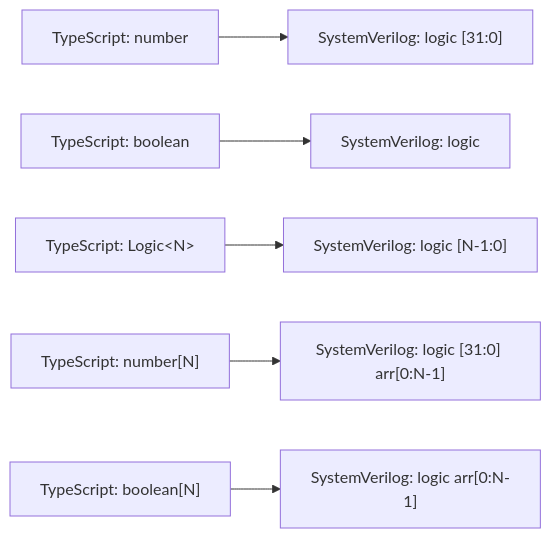
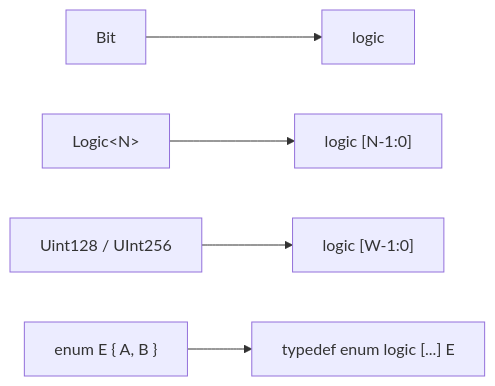
Before and after one commit to thecharge/sndv-hdl: the fourth of 5 diagrams in docs/architecture.md, drawn with Mermaid. The commit also changed other lines of this file and 8 other files, not shown here.

````diff
--- a/docs/architecture.md
+++ b/docs/architecture.md
@@ -59,8 +100,7 @@
 ```mermaid
 graph LR
-    TS_Number["TypeScript: number"]     --> SV_Logic32["SystemVerilog: logic [31:0]"]
-    TS_Bool["TypeScript: boolean"]       --> SV_Logic1["SystemVerilog: logic"]
-    TS_LogicN["TypeScript: Logic&lt;N&gt;"]   --> SV_LogicN["SystemVerilog: logic [N-1:0]"]
-    TS_NumArr["TypeScript: number[N]"]   --> SV_Arr["SystemVerilog: logic [31:0] arr[0:N-1]"]
-    TS_BoolArr["TypeScript: boolean[N]"] --> SV_Arr1["SystemVerilog: logic arr[0:N-1]"]
+    TS_Bit["Bit"] --> SV_Logic1["logic"]
+    TS_LogicN["Logic&lt;N&gt;"] --> SV_LogicN["logic [N-1:0]"]
+    TS_Uint["Uint128 / UInt256"] --> SV_Wide["logic [W-1:0]"]
+    TS_Enum["enum E { A, B }"] --> SV_Enum["typedef enum logic [...] E"]
 ```
````
